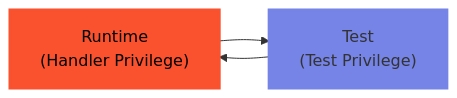
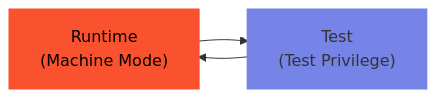
Before and after one commit to tenstorrent/riescue: the diagram in docs/source/reference/riescue_runtime/index.rst, drawn with Mermaid. The commit also changed other lines of this file and 214 other files, not shown here.

```diff
--- a/docs/source/reference/riescue_runtime/index.rst
+++ b/docs/source/reference/riescue_runtime/index.rst
@@ -20,21 +20,21 @@
 .. mermaid::
 
 
     %%{init: {'themeVariables': {'fontFamily': 'Fira Code', monospace;}}}%%
     flowchart LR
 
-    Handler["Runtime<br/>(Handler Privilege)"]
+    Handler["Runtime<br/>(Machine Mode)"]
     Test["Test<br/>(Test Privilege)"]
 
     Handler --> Test
     Test   --> Handler
 
     classDef mMode fill:#5164e0,stroke:#fa512e,stroke-width:3px,color:#fff
     classDef handlerMode fill:#fa512e,stroke:#fa512e,stroke-width:3px,color:#000
     classDef handlerBlock fill:#FEC3A4,stroke:#FEC3A4,stroke-width:3px,color:#0
     classDef testMode fill:#7584e6,stroke:#7584e6,stroke-width:3px,color:#0
     classDef testBlock fill:#C0C0E0,stroke:#C0C0E0,stroke-width:3px,color:#0
 
     class Loader,EOT_Final mMode
     class Handler handlerMode
     class Test testMode
```
